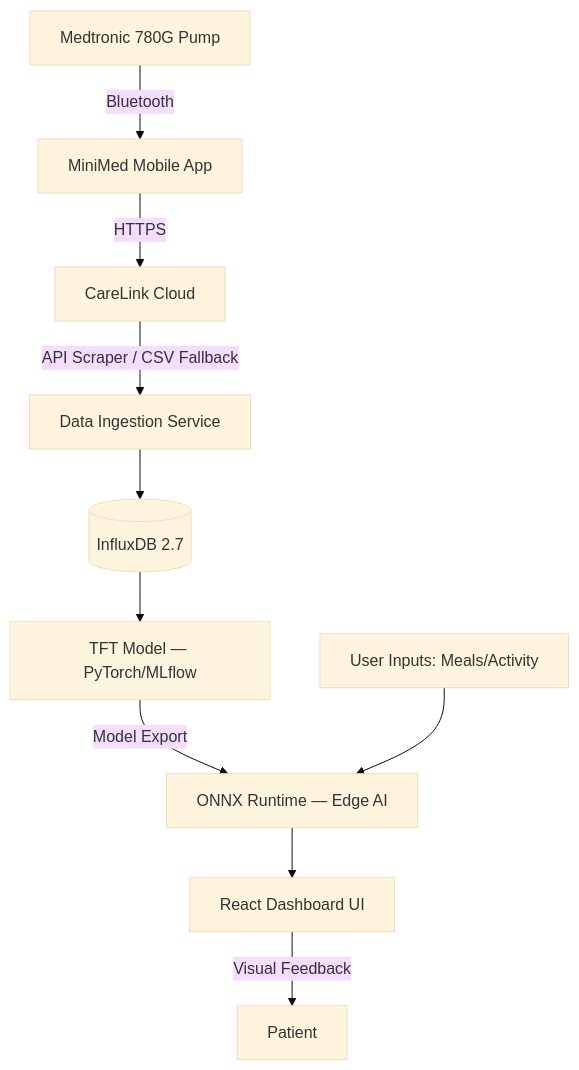
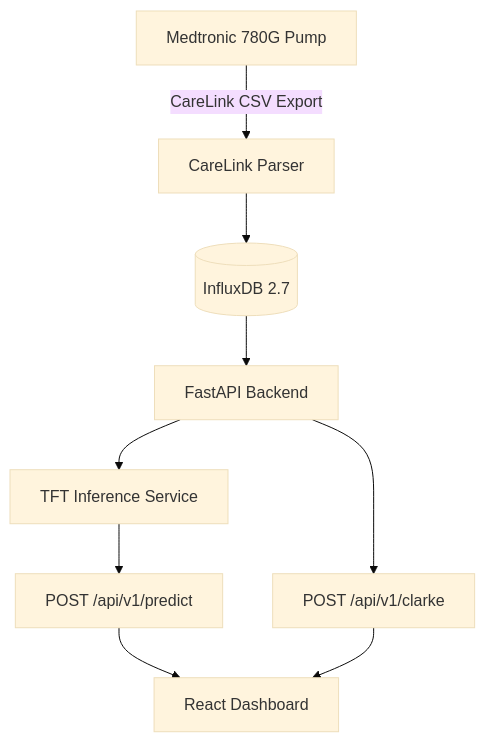
The diagram in README.md (Radian20Hz/NeuroMetabolic-Dashboard), drawn with Mermaid (base theme) before and after one commit. The commit also changed other lines of this file, not shown here.

````diff
--- a/README.md
+++ b/README.md
@@ -37,12 +38,11 @@
 ```mermaid
 graph TD
-  A[Medtronic 780G Pump] -->|Bluetooth| B[MiniMed Mobile App]
-  B -->|HTTPS| C[CareLink Cloud]
-  C -->|API Scraper / CSV Fallback| D[Data Ingestion Service]
-  D --> E[(InfluxDB 2.7)]
-  E --> F[TFT Model — PyTorch/MLflow]
-  F -->|Model Export| G[ONNX Runtime — Edge AI]
-  H[User Inputs: Meals/Activity] --> G
-  G --> I[React Dashboard UI]
-  I -->|Visual Feedback| J[Patient]
+  A[Medtronic 780G Pump] -->|CareLink CSV Export| B[CareLink Parser]
+  B --> C[(InfluxDB 2.7)]
+  C --> D[FastAPI Backend]
+  D --> E[TFT Inference Service]
+  E --> F[POST /api/v1/predict]
+  F --> G[React Dashboard]
+  D --> H[POST /api/v1/clarke]
+  H --> G
 ```
````
